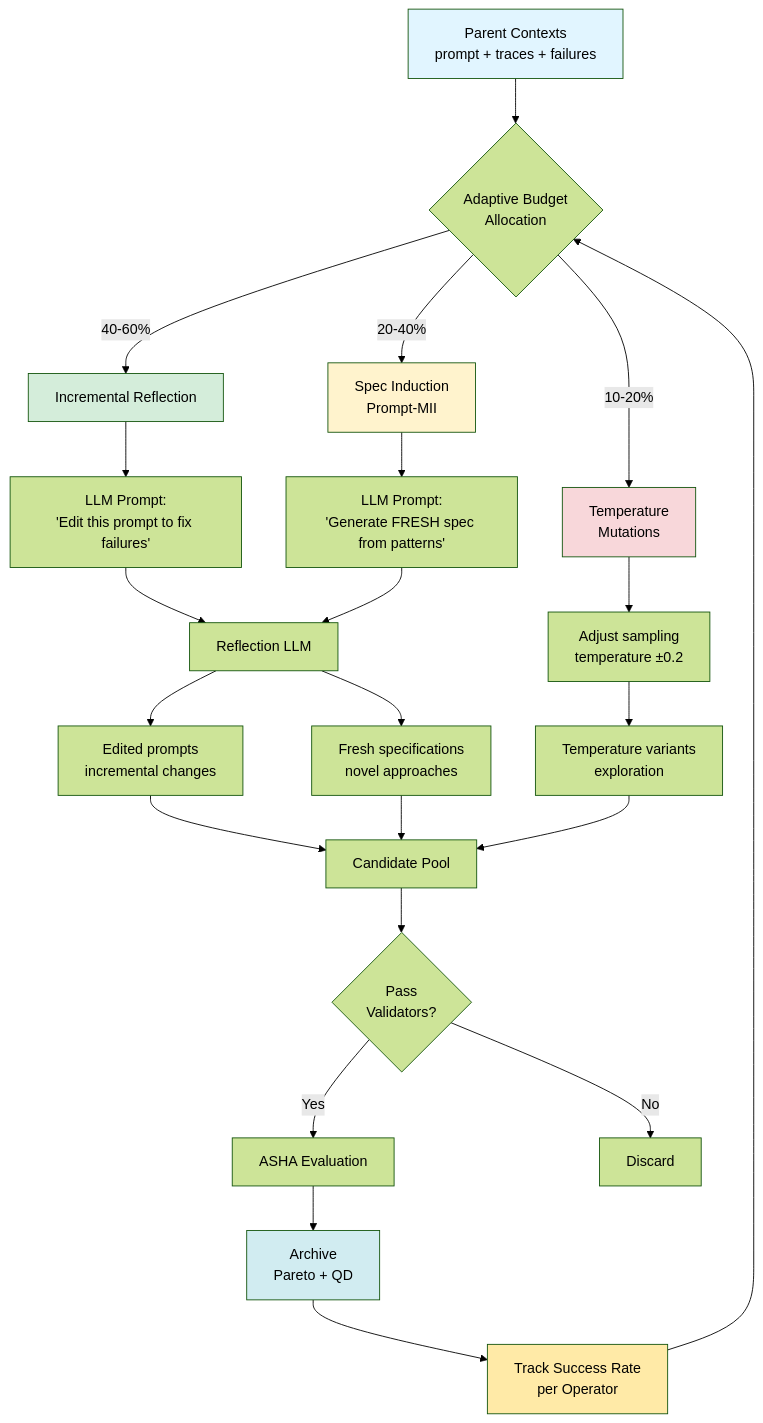
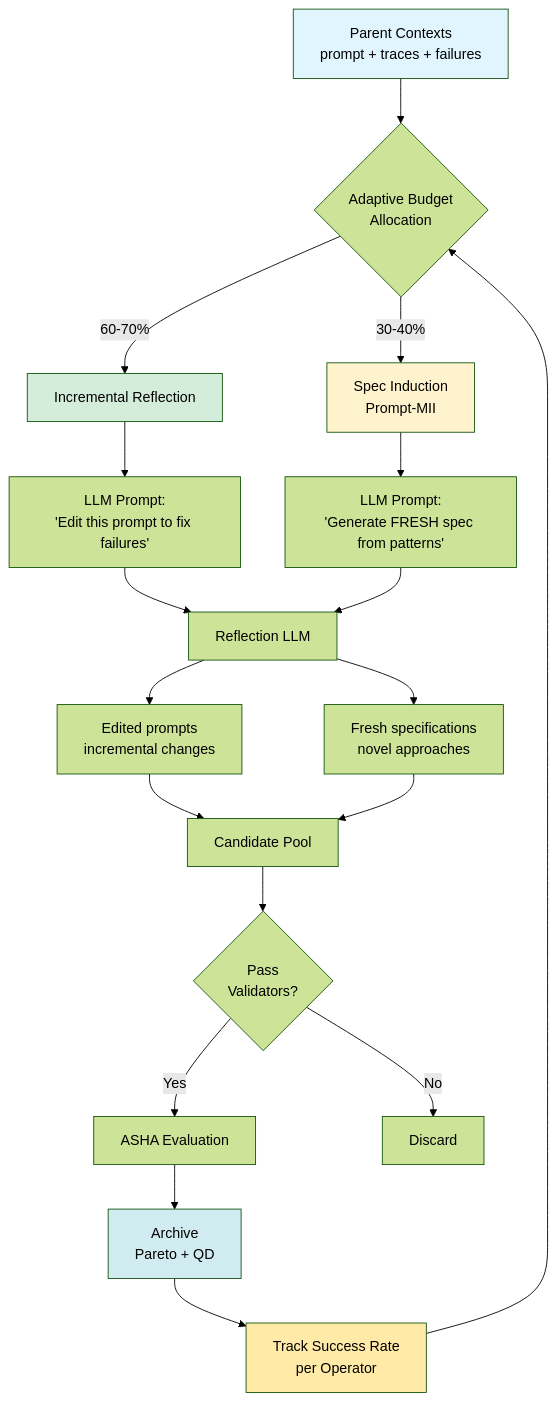
The third of 4 diagrams in README.md (gepa-ai/gepa), drawn with Mermaid (forest theme) before and after one commit. The commit also changed other lines of this file and 2 other files, not shown here.

````diff
--- a/README.md
+++ b/README.md
@@ -350,39 +338,34 @@
 ```mermaid
 graph TD
     Start[Parent Contexts<br/>prompt + traces + failures] --> Allocate{Adaptive Budget<br/>Allocation}
 
-    Allocate -->|40-60%| Reflection[Incremental Reflection]
-    Allocate -->|20-40%| SpecInd[Spec Induction<br/>Prompt-MII]
-    Allocate -->|10-20%| Temp[Temperature<br/>Mutations]
+    Allocate -->|60-70%| Reflection[Incremental Reflection]
+    Allocate -->|30-40%| SpecInd[Spec Induction<br/>Prompt-MII]
 
     Reflection --> RefPrompt["LLM Prompt:<br/>'Edit this prompt to fix failures'"]
     SpecInd --> SpecPrompt["LLM Prompt:<br/>'Generate FRESH spec from patterns'"]
-    Temp --> TempOp[Adjust sampling<br/>temperature ±0.2]
 
     RefPrompt --> RefLLM[Reflection LLM]
     SpecPrompt --> RefLLM
 
     RefLLM --> RefOut[Edited prompts<br/>incremental changes]
     RefLLM --> SpecOut[Fresh specifications<br/>novel approaches]
-    TempOp --> TempOut[Temperature variants<br/>exploration]
 
     RefOut --> Pool[Candidate Pool]
     SpecOut --> Pool
-    TempOut --> Pool
 
     Pool --> Validate{Pass<br/>Validators?}
     Validate -->|Yes| ASHA[ASHA Evaluation]
     Validate -->|No| Discard[Discard]
 
     ASHA --> Archive[Archive<br/>Pareto + QD]
 
     Archive --> Track[Track Success Rate<br/>per Operator]
     Track --> Allocate
 
     style Start fill:#e1f5ff
     style Reflection fill:#d4edda
     style SpecInd fill:#fff3cd
-    style Temp fill:#f8d7da
     style Archive fill:#d1ecf1
     style Track fill:#ffeaa7
 ```
````
